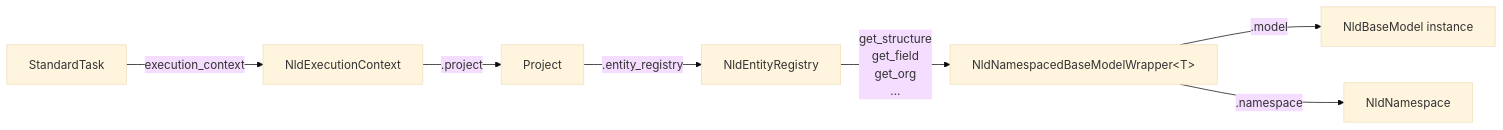
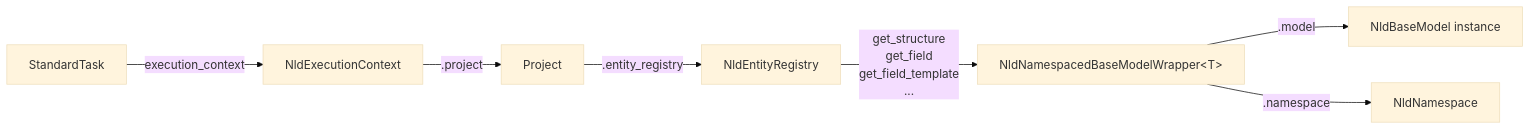
Before and after one commit to nexuslab-data-agents/nld-agents: the diagram in plugins/nld-core-usage/docs/nld-base/project-design.md, drawn with Mermaid (base theme). The commit also changed other lines of this file and 69 other files, not shown here.

````diff
--- a/plugins/nld-core-usage/docs/nld-base/project-design.md
+++ b/plugins/nld-core-usage/docs/nld-base/project-design.md
@@ -18,9 +18,9 @@
 ```mermaid
 flowchart LR
     A[StandardTask] -->|execution_context| B[NldExecutionContext]
     B -->|.project| C[Project]
     C -->|.entity_registry| D[NldEntityRegistry]
-    D -->|get_structure<br/>get_field<br/>get_org<br/>...| E["NldNamespacedBaseModelWrapper&lt;T&gt;"]
+    D -->|get_structure<br/>get_field<br/>get_field_template<br/>...| E["NldNamespacedBaseModelWrapper&lt;T&gt;"]
     E -->|.model| F[NldBaseModel instance]
     E -->|.namespace| G[NldNamespace]
 ```
````
